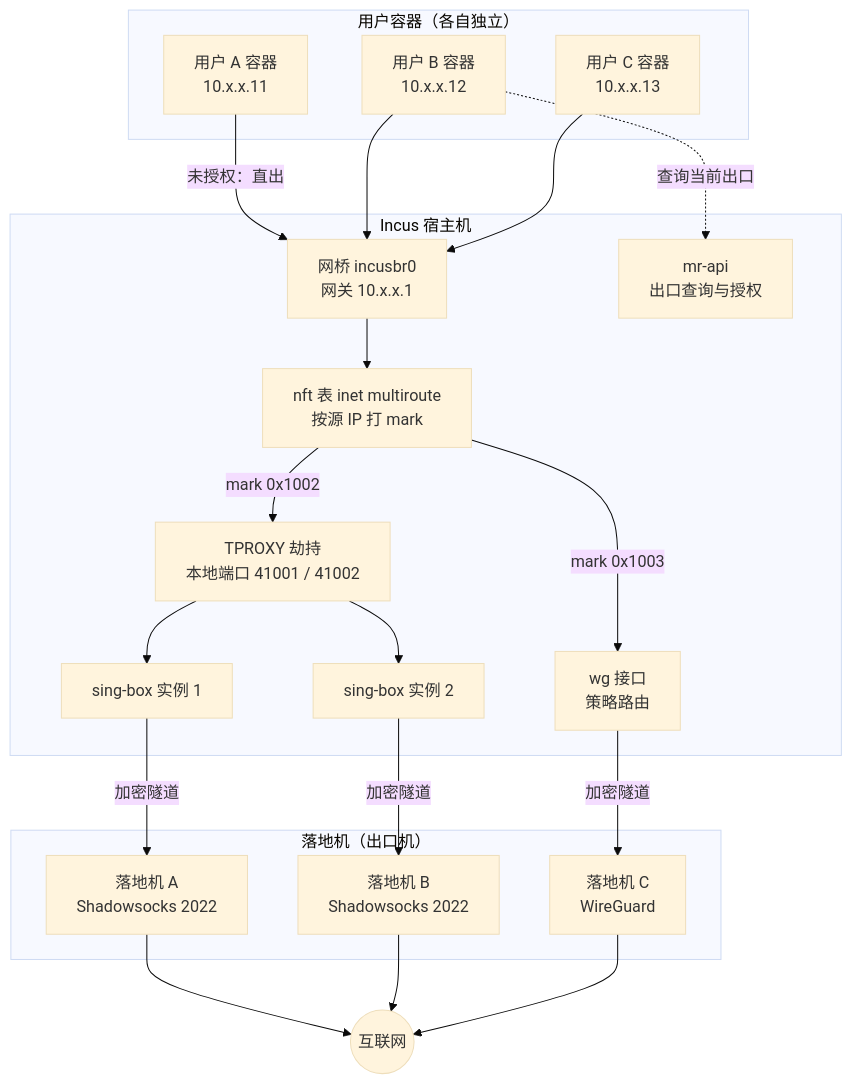
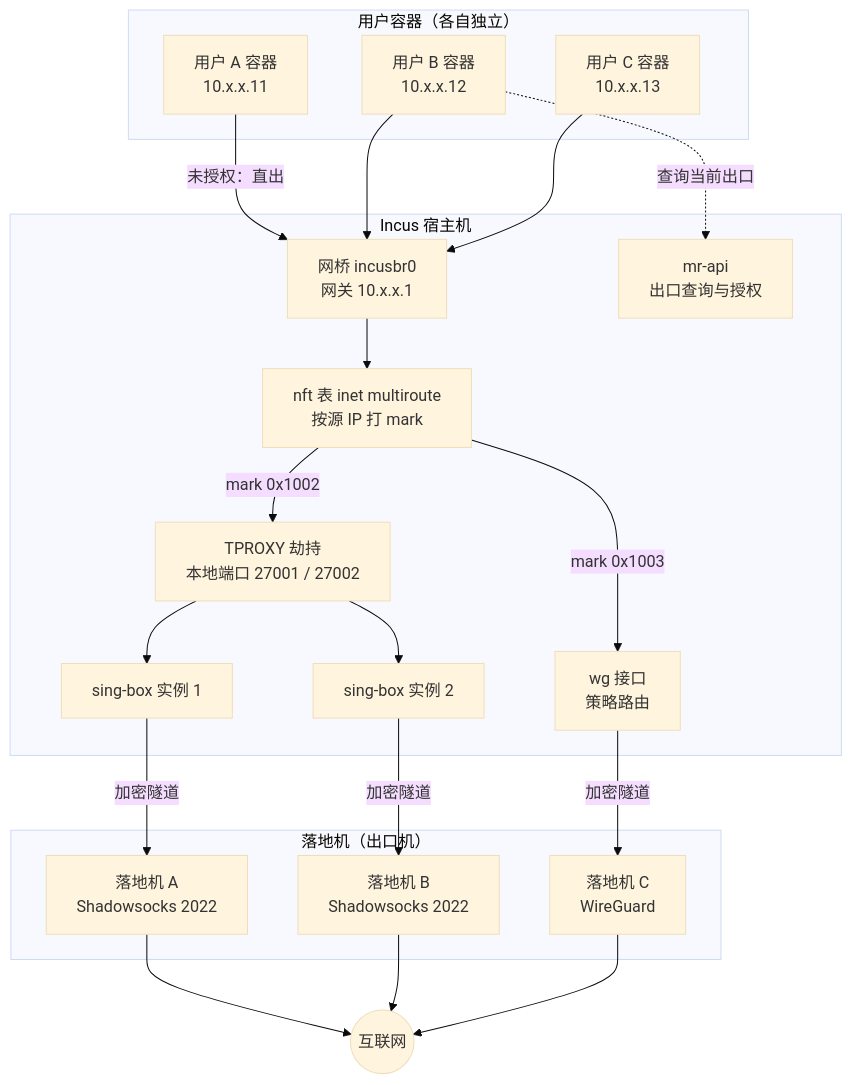
Before and after one commit to CinnieMochi/incus-multiroute: the first of 2 diagrams in README.md, drawn with Mermaid (base theme). The commit also changed other lines of this file and 2 other files, not shown here.

````diff
--- a/README.md
+++ b/README.md
@@ -60,42 +60,42 @@
 ```mermaid
 flowchart TB
     subgraph U["用户容器（各自独立）"]
         U1["用户 A 容器<br/>10.x.x.11"]
         U2["用户 B 容器<br/>10.x.x.12"]
         U3["用户 C 容器<br/>10.x.x.13"]
     end
 
     subgraph H["Incus 宿主机"]
         BR["网桥 incusbr0<br/>网关 10.x.x.1"]
         NFT["nft 表 inet multiroute<br/>按源 IP 打 mark"]
-        TP["TPROXY 劫持<br/>本地端口 41001 / 41002"]
+        TP["TPROXY 劫持<br/>本地端口 27001 / 27002"]
         SB1["sing-box 实例 1"]
         SB2["sing-box 实例 2"]
         WGR["wg 接口<br/>策略路由"]
         API["mr-api<br/>出口查询与授权"]
     end
 
     subgraph E["落地机（出口机）"]
         E1["落地机 A<br/>Shadowsocks 2022"]
         E2["落地机 B<br/>Shadowsocks 2022"]
         E3["落地机 C<br/>WireGuard"]
     end
 
     NET(("互联网"))
 
     U1 -->|"未授权：直出"| BR
     U2 --> BR
     U3 --> BR
     BR --> NFT
     NFT -->|"mark 0x1002"| TP
     NFT -->|"mark 0x1003"| WGR
     TP --> SB1
     TP --> SB2
     SB1 -->|"加密隧道"| E1
     SB2 -->|"加密隧道"| E2
     WGR -->|"加密隧道"| E3
     E1 --> NET
     E2 --> NET
     E3 --> NET
     U2 -.->|"查询当前出口"| API
 ```
````
